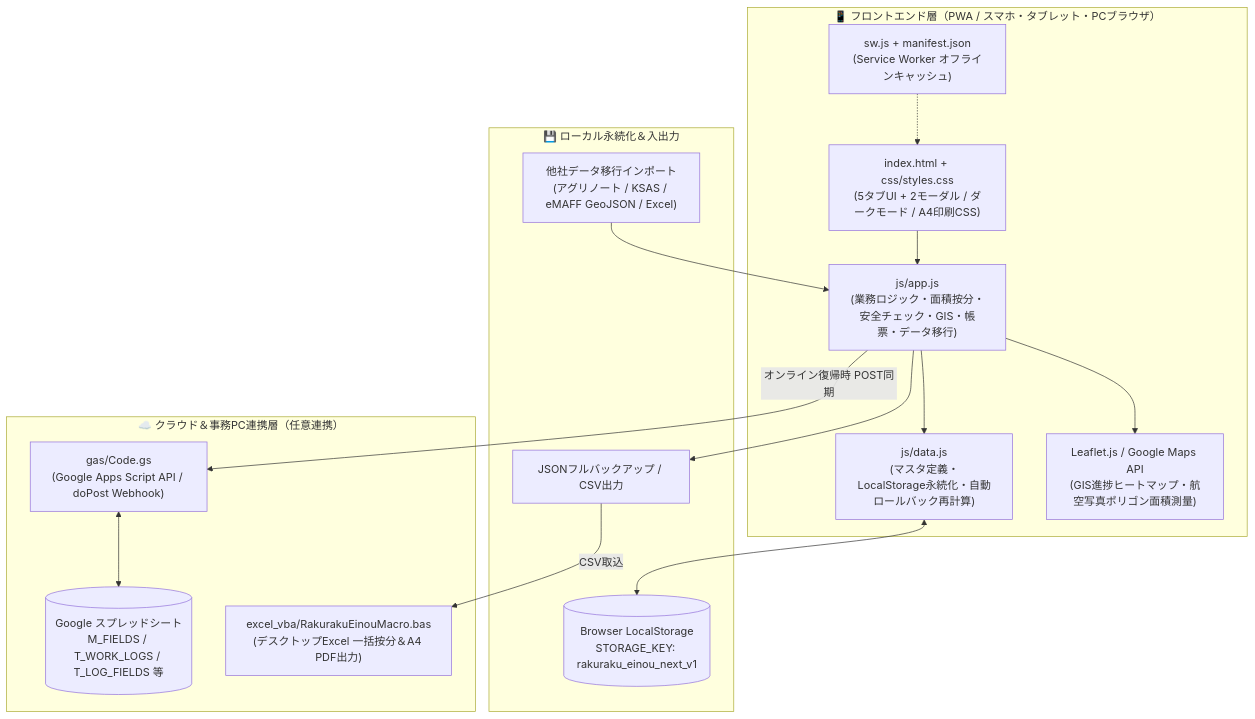
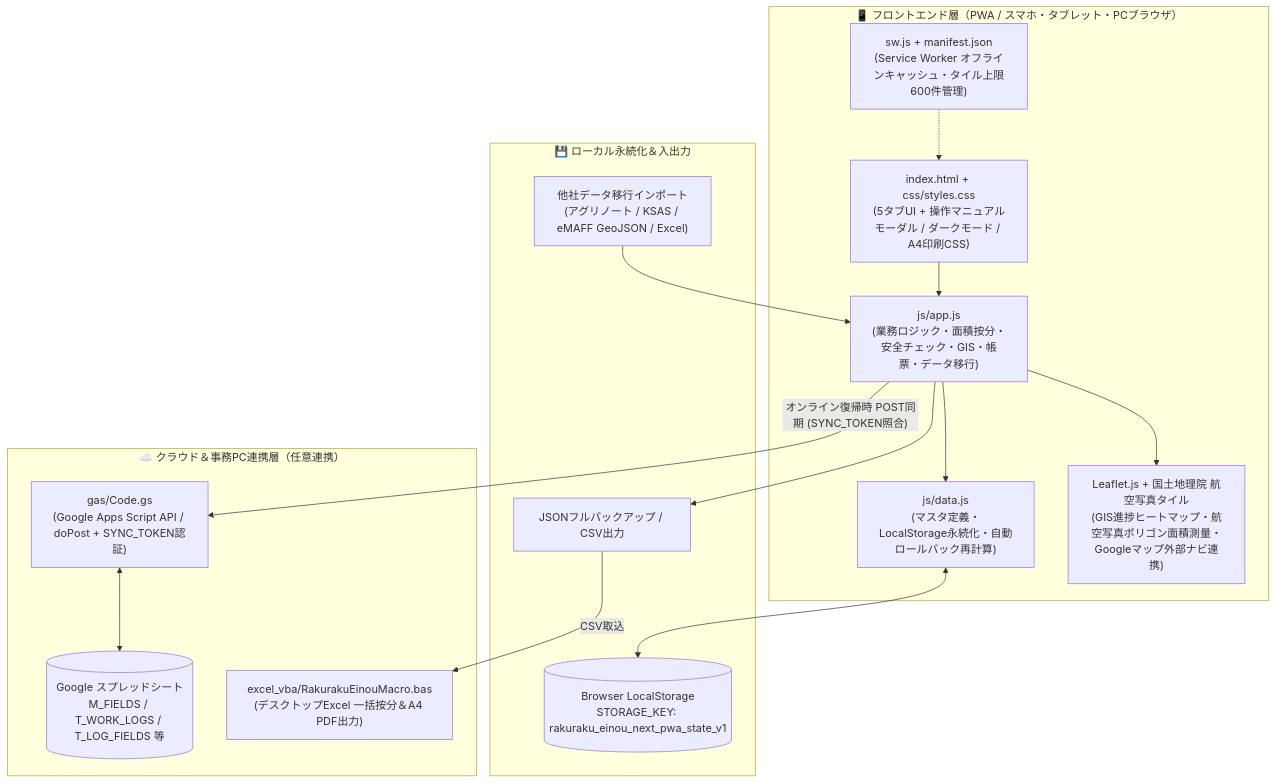
One commit to SHOMASATOADV/einou changed the second of 3 diagrams in docs/requirements_and_db_design.md. Above: the diagram before and after it, drawn with Mermaid. The commit also changed other lines of this file and 5 other files, not shown here.

````diff
--- a/docs/requirements_and_db_design.md
+++ b/docs/requirements_and_db_design.md
@@ -102,32 +102,32 @@
 ```mermaid
 flowchart TB
     subgraph Frontend["📱 フロントエンド層（PWA / スマホ・タブレット・PCブラウザ）"]
-        UI["index.html + css/styles.css<br/>(5タブUI + 2モーダル / ダークモード / A4印刷CSS)"]
+        UI["index.html + css/styles.css<br/>(5タブUI + 操作マニュアルモーダル / ダークモード / A4印刷CSS)"]
         APP["js/app.js<br/>(業務ロジック・面積按分・安全チェック・GIS・帳票・データ移行)"]
         DATA["js/data.js<br/>(マスタ定義・LocalStorage永続化・自動ロールバック再計算)"]
-        SW["sw.js + manifest.json<br/>(Service Worker オフラインキャッシュ)"]
-        MAP["Leaflet.js / Google Maps API<br/>(GIS進捗ヒートマップ・航空写真ポリゴン面積測量)"]
+        SW["sw.js + manifest.json<br/>(Service Worker オフラインキャッシュ・タイル上限600件管理)"]
+        MAP["Leaflet.js + 国土地理院 航空写真タイル<br/>(GIS進捗ヒートマップ・航空写真ポリゴン面積測量・Googleマップ外部ナビ連携)"]
         UI --> APP
         APP --> DATA
         APP --> MAP
         SW -.-> UI
     end
 
     subgraph Storage["💾 ローカル永続化＆入出力"]
-        LS[("Browser LocalStorage<br/>STORAGE_KEY: rakuraku_einou_next_v1")]
+        LS[("Browser LocalStorage<br/>STORAGE_KEY: rakuraku_einou_next_pwa_state_v1")]
         JSON["JSONフルバックアップ / CSV出力"]
         EXT["他社データ移行インポート<br/>(アグリノート / KSAS / eMAFF GeoJSON / Excel)"]
         DATA <--> LS
         APP --> JSON
         EXT --> APP
     end
 
     subgraph Cloud["☁️ クラウド＆事務PC連携層（任意連携）"]
-        GAS["gas/Code.gs<br/>(Google Apps Script API / doPost Webhook)"]
+        GAS["gas/Code.gs<br/>(Google Apps Script API / doPost + SYNC_TOKEN認証)"]
         GS[("Google スプレッドシート<br/>M_FIELDS / T_WORK_LOGS / T_LOG_FIELDS 等")]
         VBA["excel_vba/RakurakuEinouMacro.bas<br/>(デスクトップExcel 一括按分＆A4 PDF出力)"]
-        APP -- "オンライン復帰時 POST同期" --> GAS
+        APP -- "オンライン復帰時 POST同期 (SYNC_TOKEN照合)" --> GAS
         GAS <--> GS
         JSON -- "CSV取込" --> VBA
     end
 ```
````
